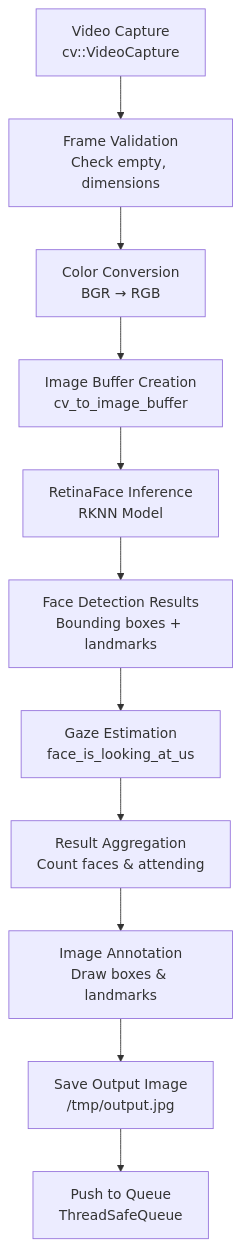
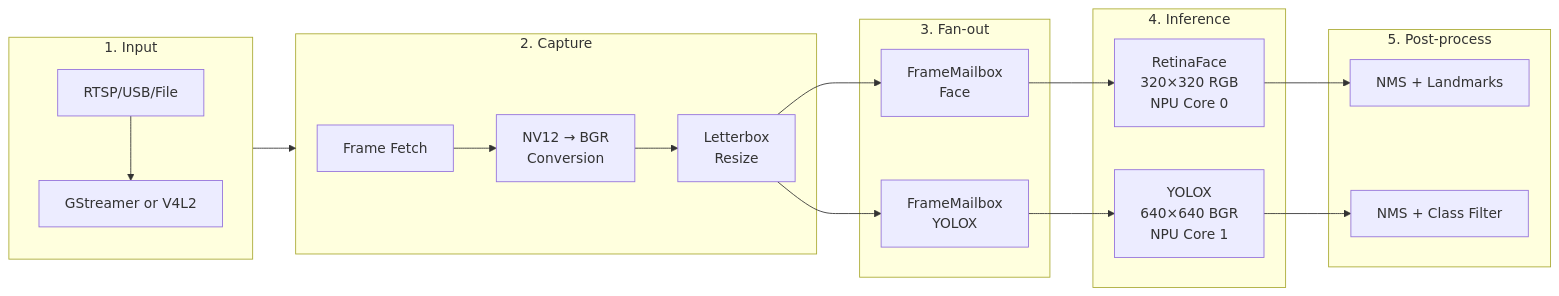
One commit to brightsign/argus-audience-measurement-extension changed the second of 5 diagrams in docs/DESIGN.md. Above: the diagram before and after it, drawn with Mermaid. The commit also changed other lines of this file and 8 other files, not shown here.

````diff
--- a/docs/DESIGN.md
+++ b/docs/DESIGN.md
@@ -193,13 +120,34 @@
 ```mermaid
-flowchart TD
-    A[Video Capture<br/>cv::VideoCapture] --> B[Frame Validation<br/>Check empty, dimensions]
-    B --> C[Color Conversion<br/>BGR → RGB]
-    C --> D[Image Buffer Creation<br/>cv_to_image_buffer]
-    D --> E[RetinaFace Inference<br/>RKNN Model]
-    E --> F[Face Detection Results<br/>Bounding boxes + landmarks]
-    F --> G[Gaze Estimation<br/>face_is_looking_at_us]
-    G --> H[Result Aggregation<br/>Count faces & attending]
-    H --> I[Image Annotation<br/>Draw boxes & landmarks]
-    I --> J[Save Output Image<br/>/tmp/output.jpg]
-    J --> K[Push to Queue<br/>ThreadSafeQueue]
+flowchart LR
+    subgraph Input ["1. Input"]
+        A1[RTSP/USB/File] --> A2[GStreamer or V4L2]
+    end
+
+    subgraph Capture ["2. Capture"]
+        B1[Frame Fetch] --> B2[NV12 → BGR<br/>Conversion]
+        B2 --> B3[Letterbox<br/>Resize]
+    end
+
+    subgraph Fanout ["3. Fan-out"]
+        C1[FrameMailbox<br/>Face]
+        C2[FrameMailbox<br/>YOLOX]
+    end
+
+    subgraph Inference ["4. Inference"]
+        D1[RetinaFace<br/>320×320 RGB<br/>NPU Core 0]
+        D2[YOLOX<br/>640×640 BGR<br/>NPU Core 1]
+    end
+
+    subgraph Postprocess ["5. Post-process"]
+        E1[NMS + Landmarks]
+        E2[NMS + Class Filter]
+    end
+
+    Input --> Capture
+    B3 --> C1
+    B3 --> C2
+    C1 --> D1
+    C2 --> D2
+    D1 --> E1
+    D2 --> E2
 ```
````
